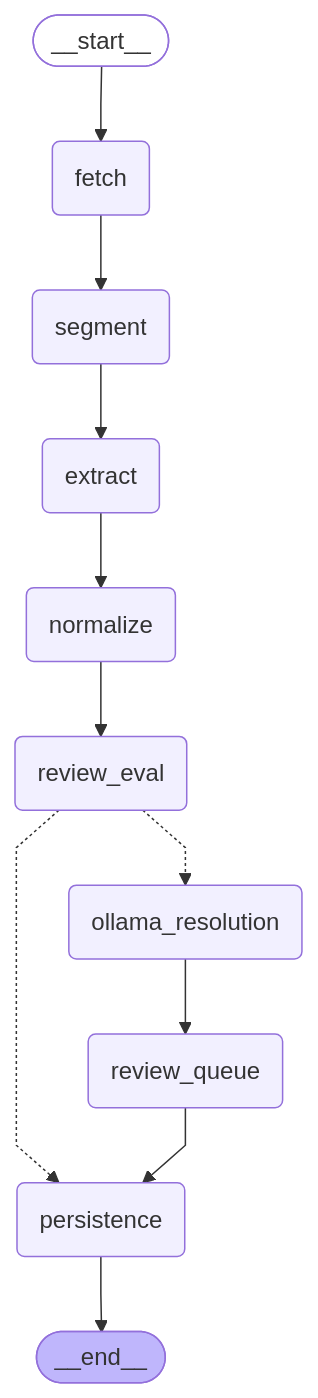
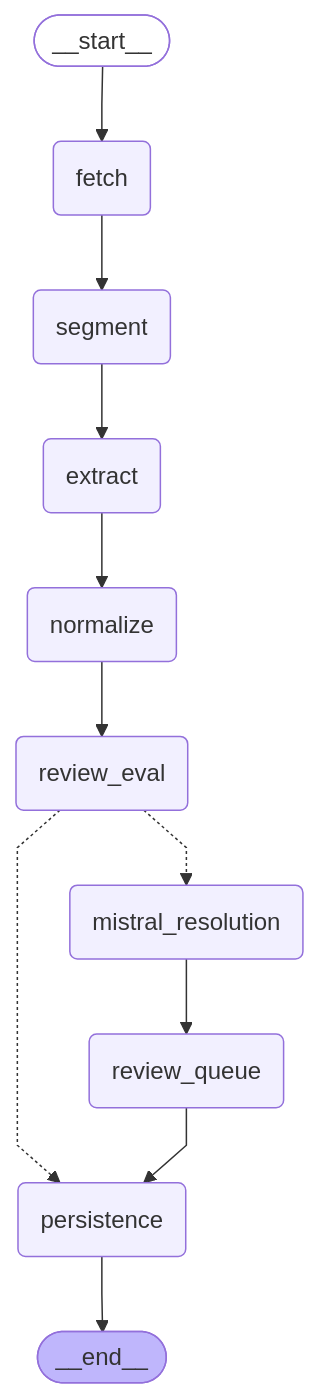
The diagram in docs/graphs/pipeline_flow.md (sbkxd/Job-Desription-Parser), drawn with Mermaid before and after one commit. The commit also changed 21 other files, not shown here.

Commit message:
feat: migrate ollama to mistral small latest

````diff
--- a/docs/graphs/pipeline_flow.md
+++ b/docs/graphs/pipeline_flow.md
@@ -3,32 +3,32 @@
 ```mermaid
 ---
 config:
   flowchart:
     curve: linear
 ---
 graph TD;
 	__start__([<p>__start__</p>]):::first
 	fetch(fetch)
 	segment(segment)
 	extract(extract)
 	normalize(normalize)
 	review_eval(review_eval)
-	ollama_resolution(ollama_resolution)
+	mistral_resolution(mistral_resolution)
 	review_queue(review_queue)
 	persistence(persistence)
 	__end__([<p>__end__</p>]):::last
 	__start__ --> fetch;
 	extract --> normalize;
 	fetch --> segment;
+	mistral_resolution --> review_queue;
 	normalize --> review_eval;
-	ollama_resolution --> review_queue;
-	review_eval -.-> ollama_resolution;
+	review_eval -.-> mistral_resolution;
 	review_eval -.-> persistence;
 	review_queue --> persistence;
 	segment --> extract;
 	persistence --> __end__;
 	classDef default fill:#f2f0ff,line-height:1.2
 	classDef first fill-opacity:0
 	classDef last fill:#bfb6fc
 
 ```
````
